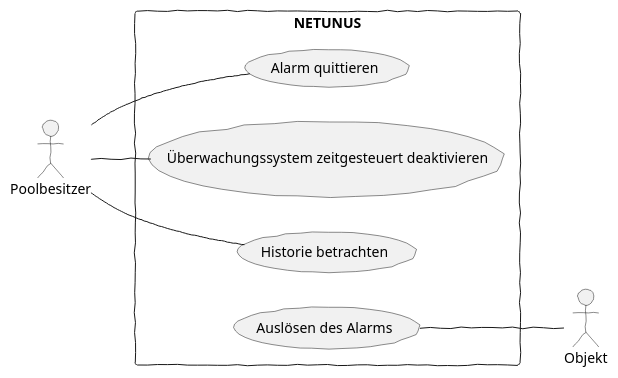
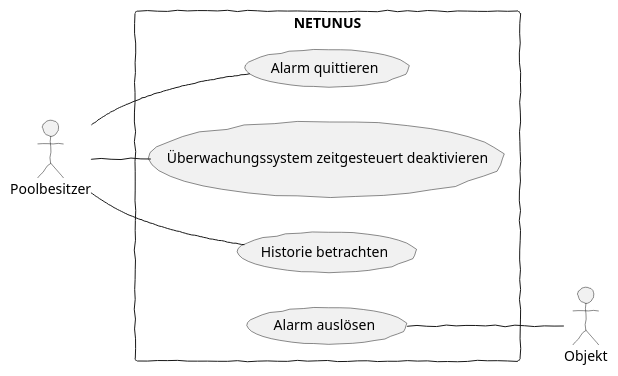
One commit to KonstantinFrank01/safer-pool-docs changed the first of 4 diagrams in asciidocs/index.adoc. Above: the diagram before and after it, drawn with PlantUML. The commit also changed other lines of this file, not shown here.

Commit message:
Change formulation of a use-case

```diff
--- a/asciidocs/index.adoc
+++ b/asciidocs/index.adoc
@@ -46,17 +46,17 @@
 [plantuml]
 ----
 @startuml
 skinparam handwritten true
 left to right direction
 actor Poolbesitzer
 actor Objekt
 rectangle NETUNUS{
     /'Poolbesitzer -- (Bekommt Benachrichtigung)'/
     Poolbesitzer -- (Alarm quittieren)
     Poolbesitzer -- (Überwachungssystem zeitgesteuert deaktivieren)
     Poolbesitzer -- (Historie betrachten)
     /'(Bekommt Benachrichtigung) .> (Auslösen des Alarms) : <<extends>>'/
-    (Auslösen des Alarms) -- Objekt
+    (Alarm auslösen) -- Objekt
 }
 @enduml
 ----
```
